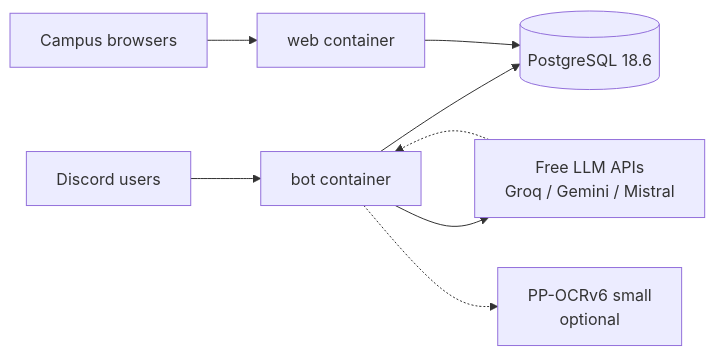
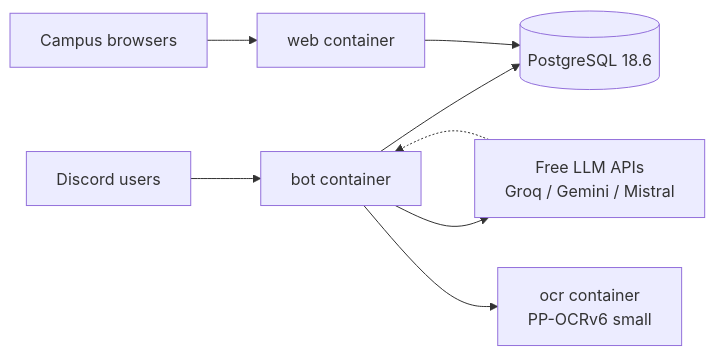
The diagram in docs/README.en-GB.md (Lrniey666/AIPAR-ETA), drawn with Mermaid before and after one commit. The commit also changed other lines of this file and 58 other files, not shown here.

````diff
--- a/docs/README.en-GB.md
+++ b/docs/README.en-GB.md
@@ -123,10 +142,10 @@
 ```mermaid
 flowchart LR
   D[Discord users] --> B[bot container]
   C[Campus browsers] --> W[web container]
   B --> P[(PostgreSQL 18.6)]
   W --> P
   B --> L[Free LLM APIs<br/>Groq / Gemini / Mistral]
-  B -.-> O[PP-OCRv6 small<br/>optional]
+  B --> O[ocr container<br/>PP-OCRv6 small]
   L -.-> B
 ```
````
